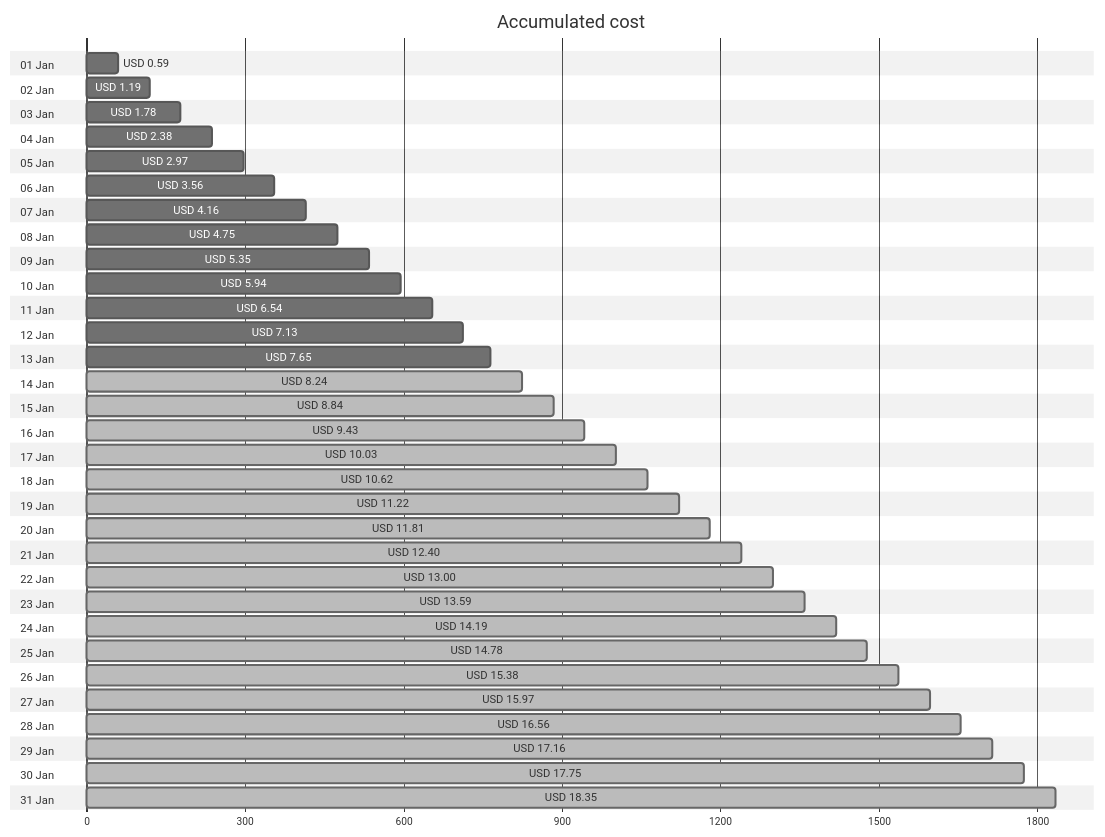
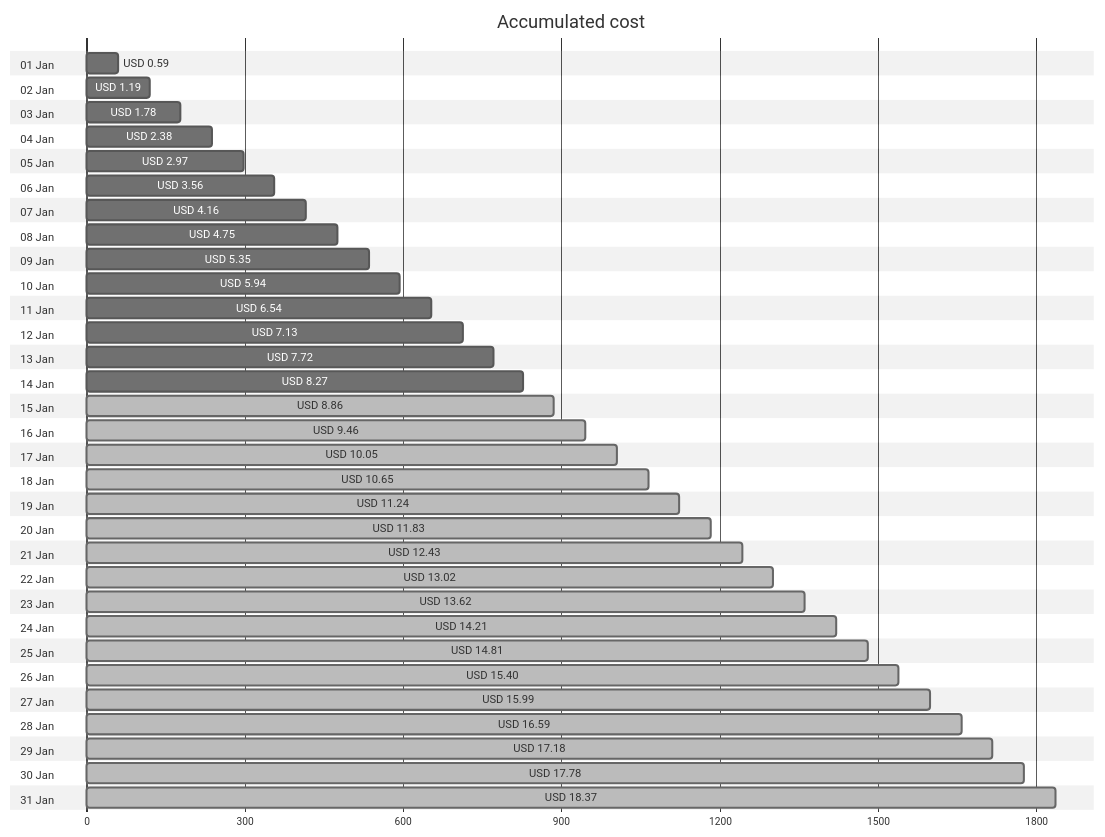
Before and after one commit to jpfulton/azure-personal-reports: the first of 4 diagrams in cost-reports/personal-site/README.md, drawn with Mermaid (neutral theme). The commit also changed other lines of this file and 6 other files, not shown here.

````diff
--- a/cost-reports/personal-site/README.md
+++ b/cost-reports/personal-site/README.md
@@ -20,68 +20,68 @@
 ```mermaid
 gantt
    title Accumulated cost
    dateFormat  X
    axisFormat %s
    section 01 Jan
    USD 0.59 :0, 59
    section 02 Jan
    USD 1.19 :0, 119
    section 03 Jan
    USD 1.78 :0, 178
    section 04 Jan
    USD 2.38 :0, 238
    section 05 Jan
    USD 2.97 :0, 297
    section 06 Jan
    USD 3.56 :0, 356
    section 07 Jan
    USD 4.16 :0, 416
    section 08 Jan
    USD 4.75 :0, 475
    section 09 Jan
    USD 5.35 :0, 535
    section 10 Jan
    USD 5.94 :0, 594
    section 11 Jan
    USD 6.54 :0, 654
    section 12 Jan
    USD 7.13 :0, 713
    section 13 Jan
-   USD 7.65 :0, 765
+   USD 7.72 :0, 772
    section 14 Jan
-   USD 8.24 : done, 0, 824
+   USD 8.27 :0, 827
    section 15 Jan
-   USD 8.84 : done, 0, 884
+   USD 8.86 : done, 0, 886
    section 16 Jan
-   USD 9.43 : done, 0, 943
+   USD 9.46 : done, 0, 946
    section 17 Jan
-   USD 10.03 : done, 0, 1003
+   USD 10.05 : done, 0, 1005
    section 18 Jan
-   USD 10.62 : done, 0, 1062
+   USD 10.65 : done, 0, 1065
    section 19 Jan
-   USD 11.22 : done, 0, 1122
+   USD 11.24 : done, 0, 1124
    section 20 Jan
-   USD 11.81 : done, 0, 1181
+   USD 11.83 : done, 0, 1183
    section 21 Jan
-   USD 12.40 : done, 0, 1240
+   USD 12.43 : done, 0, 1243
    section 22 Jan
-   USD 13.00 : done, 0, 1300
+   USD 13.02 : done, 0, 1302
    section 23 Jan
-   USD 13.59 : done, 0, 1359
+   USD 13.62 : done, 0, 1362
    section 24 Jan
-   USD 14.19 : done, 0, 1419
+   USD 14.21 : done, 0, 1421
    section 25 Jan
-   USD 14.78 : done, 0, 1478
+   USD 14.81 : done, 0, 1481
    section 26 Jan
-   USD 15.38 : done, 0, 1538
+   USD 15.40 : done, 0, 1540
    section 27 Jan
-   USD 15.97 : done, 0, 1597
+   USD 15.99 : done, 0, 1599
    section 28 Jan
-   USD 16.56 : done, 0, 1656
+   USD 16.59 : done, 0, 1659
    section 29 Jan
-   USD 17.16 : done, 0, 1716
+   USD 17.18 : done, 0, 1718
    section 30 Jan
-   USD 17.75 : done, 0, 1775
+   USD 17.78 : done, 0, 1778
    section 31 Jan
-   USD 18.35 : done, 0, 1835
+   USD 18.37 : done, 0, 1837
 ```
````
